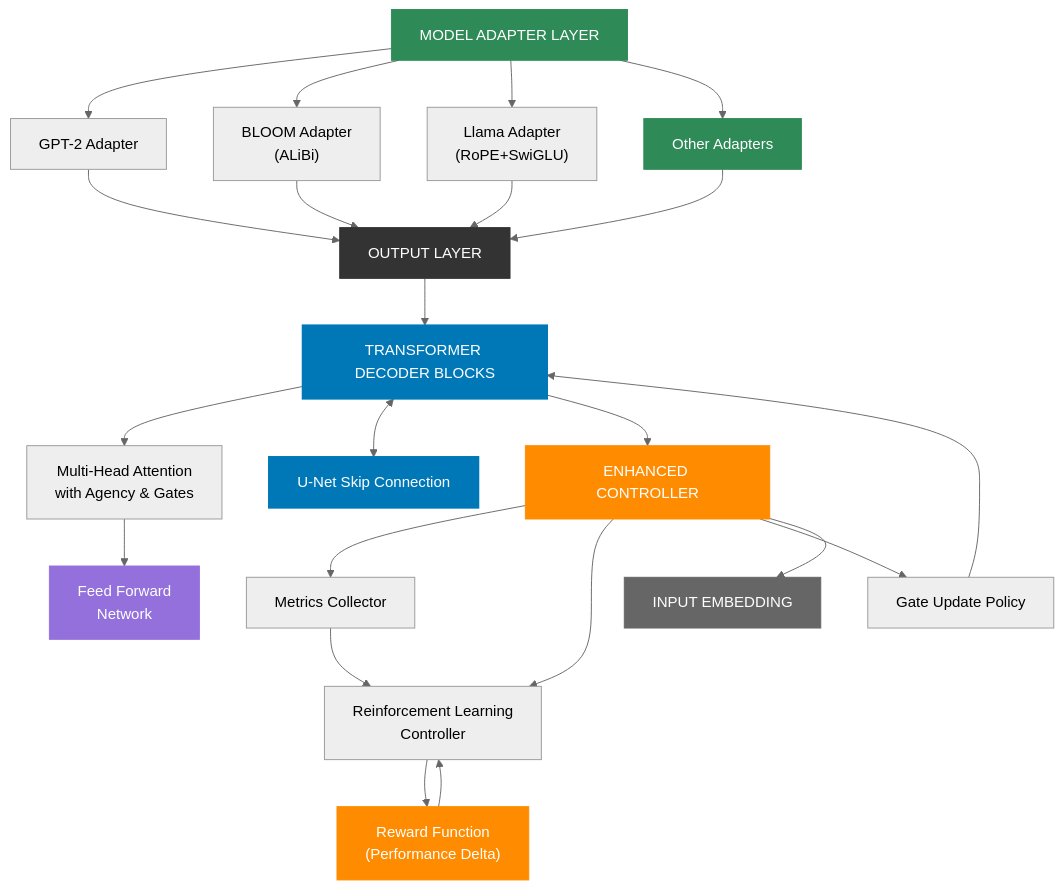
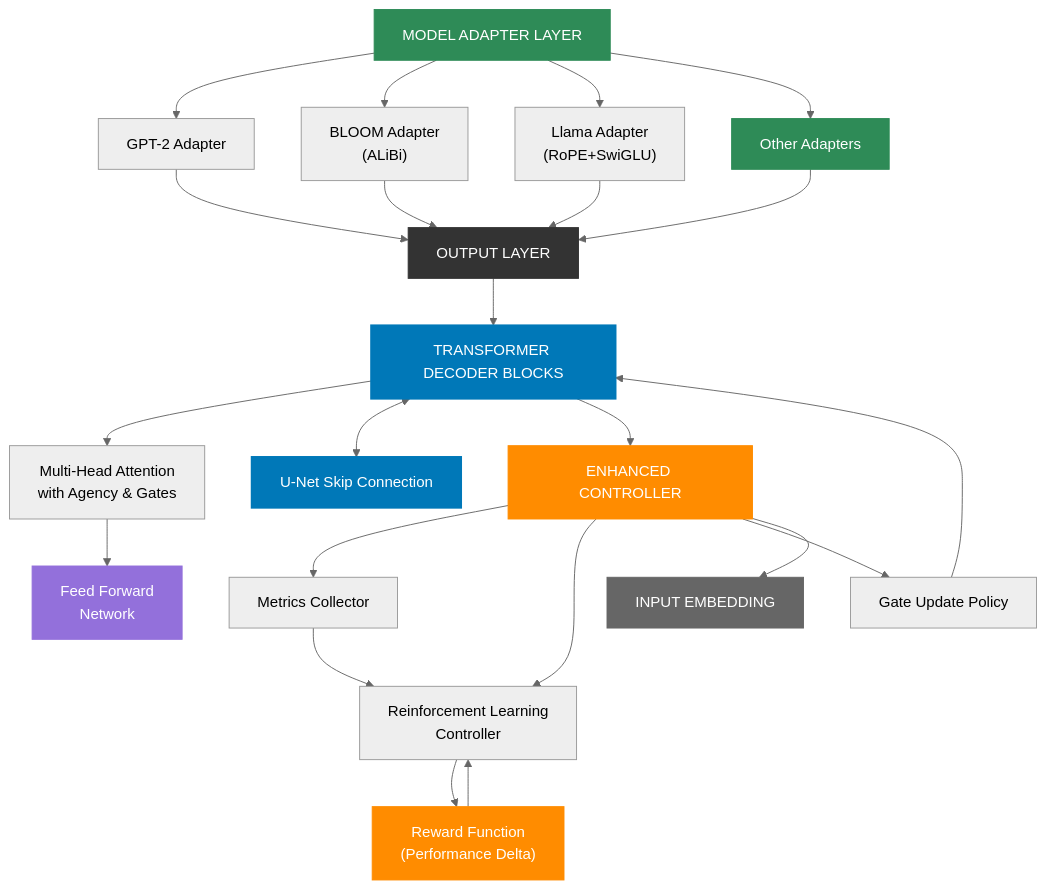
Before and after one commit to CambrianTech/sentinel-ai: the first of 6 diagrams in README.md, drawn with Mermaid (neutral theme). The commit also changed other lines of this file, not shown here.

Commit message:
remove headers from chart

````diff
--- a/README.md
+++ b/README.md
@@ -14,76 +14,74 @@
 ```mermaid
 flowchart TD
     classDef standard fill:#333,stroke:#333,stroke-width:1px,color:#fff
     classDef highlight fill:#0078b8,stroke:#0078b8,stroke-width:2px,color:#fff
     classDef adapter fill:#2e8b57,stroke:#2e8b57,stroke-width:1px,color:#fff
     classDef controller fill:#ff8c00,stroke:#ff8c00,stroke-width:1px,color:#fff
     classDef attention fill:#9370db,stroke:#9370db,stroke-width:1px,color:#fff
     classDef embedding fill:#666,stroke:#666,stroke-width:1px,color:#fff
-    classDef header fill:none,stroke:none,color:#fff,font-weight:bold
     
     %% Main Architecture Components
     adapterLayer["MODEL ADAPTER LAYER"]
     output["OUTPUT LAYER"]
     transformerBlocks["TRANSFORMER DECODER BLOCKS"]
     controller["ENHANCED CONTROLLER"]
     input["INPUT EMBEDDING"]
     
     %% Adapter Components
     gpt["GPT-2 Adapter"]
     bloom["BLOOM Adapter<br/>(ALiBi)"]
     llama["Llama Adapter<br/>(RoPE+SwiGLU)"]
     others["Other Adapters"]
     
     %% Transformer Block Components
     attention["Multi-Head Attention<br/>with Agency & Gates"]
     ffn["Feed Forward<br/>Network"]
     unet["U-Net Skip Connection"]
     
     %% Controller Components
     metrics["Metrics Collector"]
     rl["Reinforcement Learning<br/>Controller"]
     policy["Gate Update Policy"]
     reward["Reward Function<br/>(Performance Delta)"]
     
     %% Connections
     adapterLayer --> gpt
     adapterLayer --> bloom
     adapterLayer --> llama
     adapterLayer --> others
     
     gpt & bloom & llama & others --> output
     
     output --> transformerBlocks
     
     transformerBlocks --> attention
     attention --> ffn
     
     transformerBlocks <--> unet
     
     transformerBlocks --> controller
     
     controller --> metrics
     controller --> rl
     controller --> policy
     metrics --> rl
     rl --> reward
     reward --> rl
     policy --> transformerBlocks
     
     controller --> input
     
     %% Styling
-    header:::header
     adapterLayer:::adapter
     output:::standard
     transformerBlocks:::highlight
     controller:::controller
     input:::embedding
     
     gpt & bloom & llama & others:::adapter
     
     attention & ffn:::attention
     unet:::highlight
     
     metrics & rl & policy & reward:::controller
 ```
````
